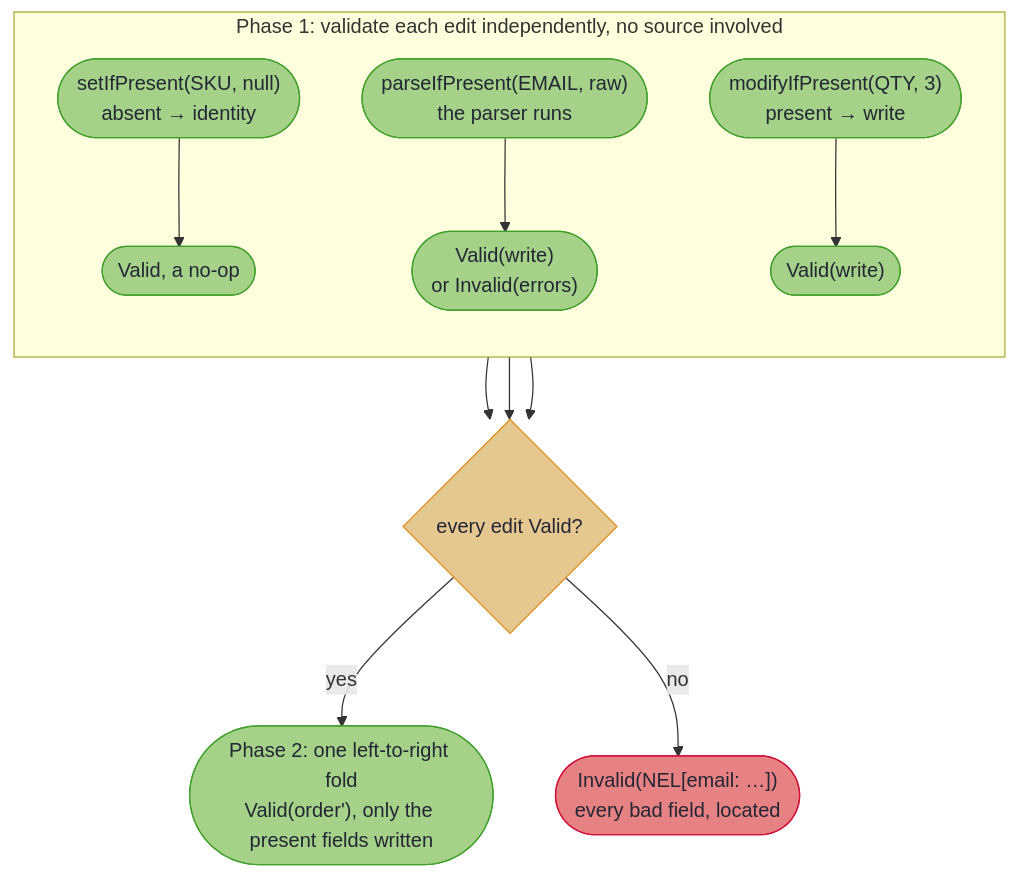
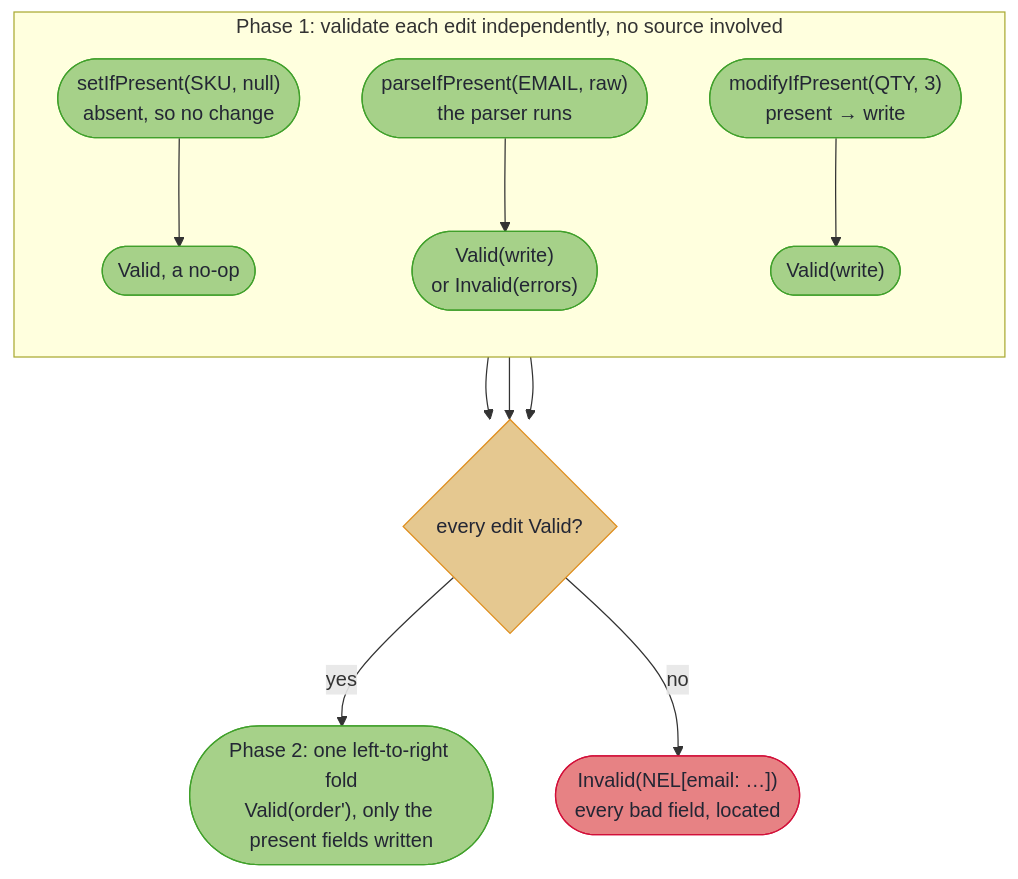
One commit to higher-kinded-j/higher-kinded-j changed the third of 4 diagrams in hkj-book/src/optics/multi_edit.md. Above: the diagram before and after it, drawn with Mermaid. The commit also changed other lines of this file and 46 other files, not shown here.

````diff
--- a/hkj-book/src/optics/multi_edit.md
+++ b/hkj-book/src/optics/multi_edit.md
@@ -144,21 +153,23 @@
 ```mermaid
 flowchart TD
+    accTitle: Validate everything, then write once
+    accDescr: In phase 1 each edit is checked on its own, with no source: an absent SKU is a valid no-op, the email is parsed, and a present quantity delta is a valid write. If every edit is valid, phase 2 runs the writes as one left-to-right fold; otherwise the result is Invalid with every bad field located.
     subgraph one["Phase 1: validate each edit independently, no source involved"]
         direction TB
-        S1(["setIfPresent(SKU, null)<br/>absent → identity"]) --> V1(["Valid, a no-op"])
+        S1(["setIfPresent(SKU, null)<br/>absent, so no change"]) --> V1(["Valid, a no-op"])
         S2(["parseIfPresent(EMAIL, raw)<br/>the parser runs"]) --> V2(["Valid(write)<br/>or Invalid(errors)"])
         S3(["modifyIfPresent(QTY, 3)<br/>present → write"]) --> V3(["Valid(write)"])
     end
     V1 --> Q{"every edit Valid?"}
     V2 --> Q
     V3 --> Q
     Q -->|"yes"| Ok(["Phase 2: one left-to-right fold<br/>Valid(order'), only the present fields written"])
     Q -->|"no"| Bad(["Invalid(NEL[email: …])<br/>every bad field, located"])
 
     classDef tier fill:#a6d189,stroke:#40a02b,color:#232634
     classDef decision fill:#e5c890,stroke:#df8e1d,color:#232634
     classDef bad fill:#e78284,stroke:#d20f39,color:#232634
     class S1,S2,S3,V1,V2,V3,Ok tier
     class Q decision
     class Bad bad
 ```
````
